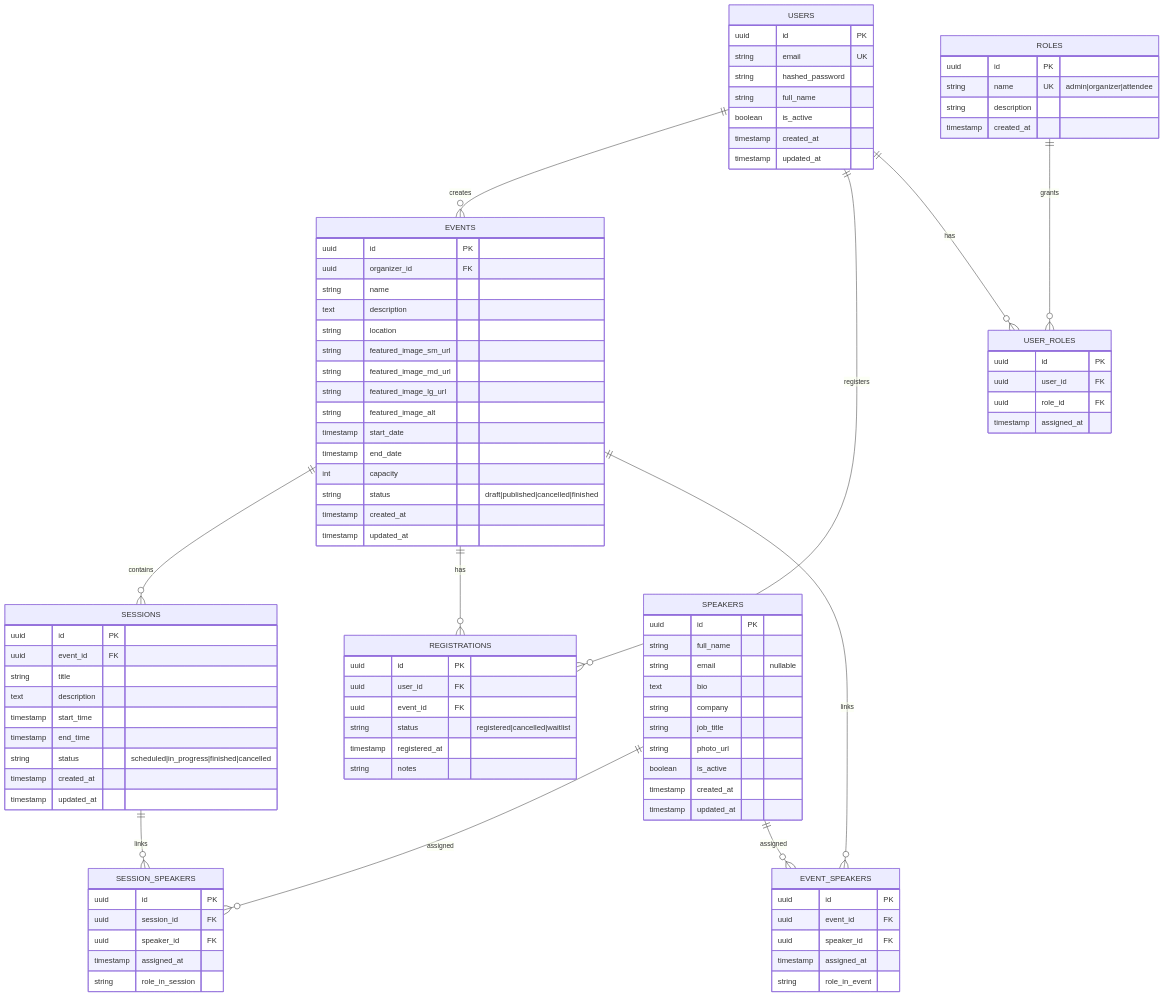
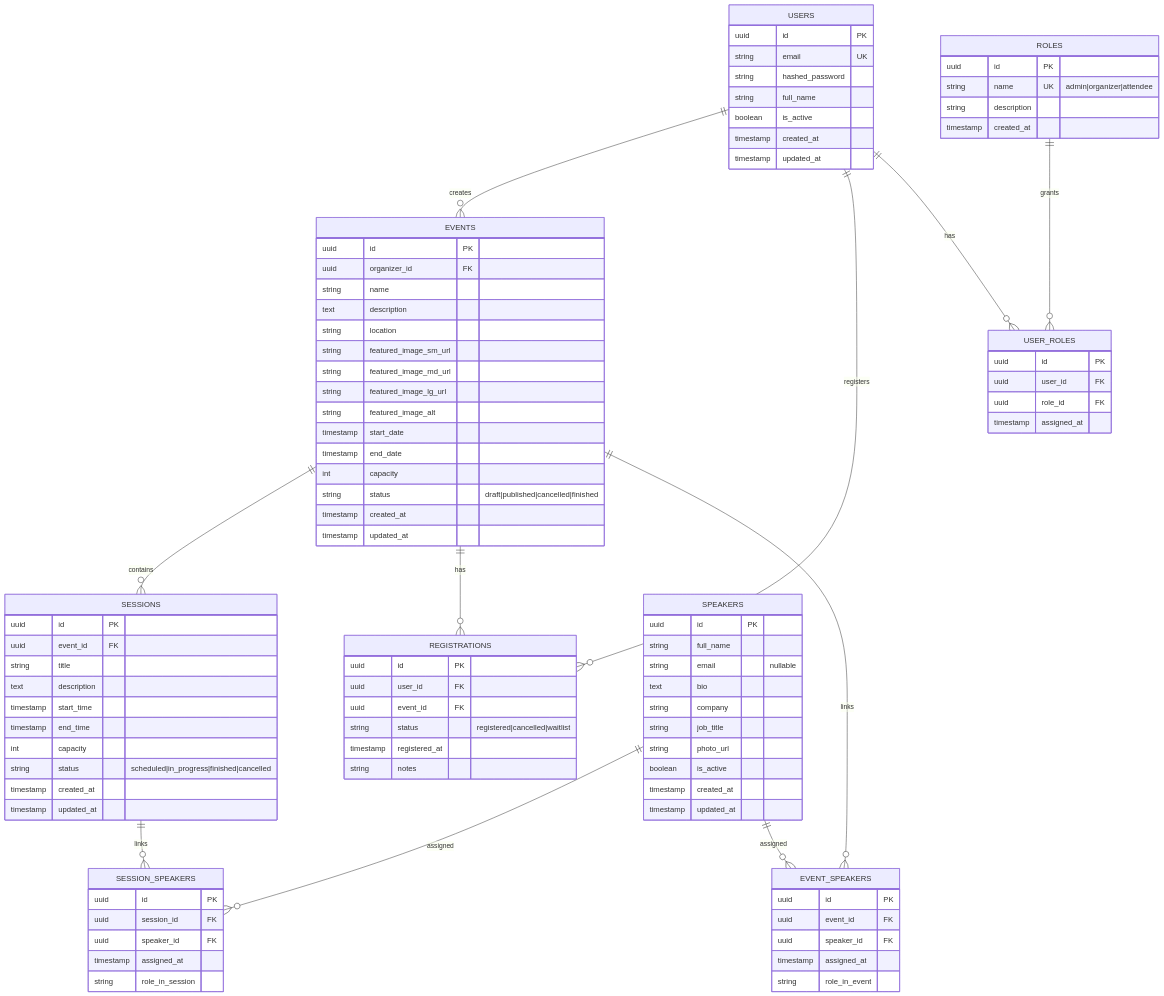
The diagram in docs/structured_project.md (madebygarzon/misEventos), drawn with Mermaid before and after one commit. The commit also changed other lines of this file and 2 other files, not shown here.

```diff
--- a/docs/structured_project.md
+++ b/docs/structured_project.md
@@ -267,6 +243,7 @@
       text description
       timestamp start_time
       timestamp end_time
+      int capacity
       string status "scheduled|in_progress|finished|cancelled"
       timestamp created_at
       timestamp updated_at
```
